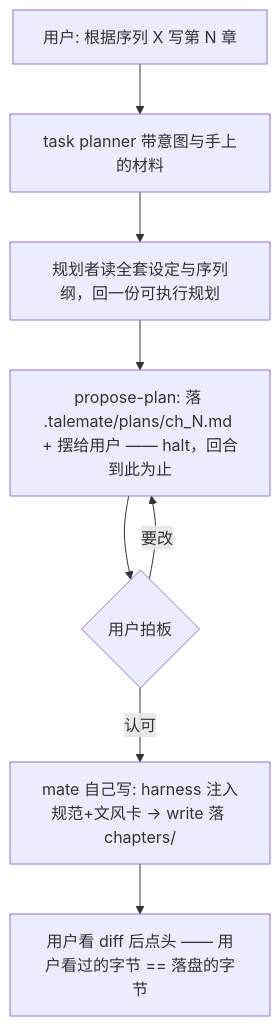
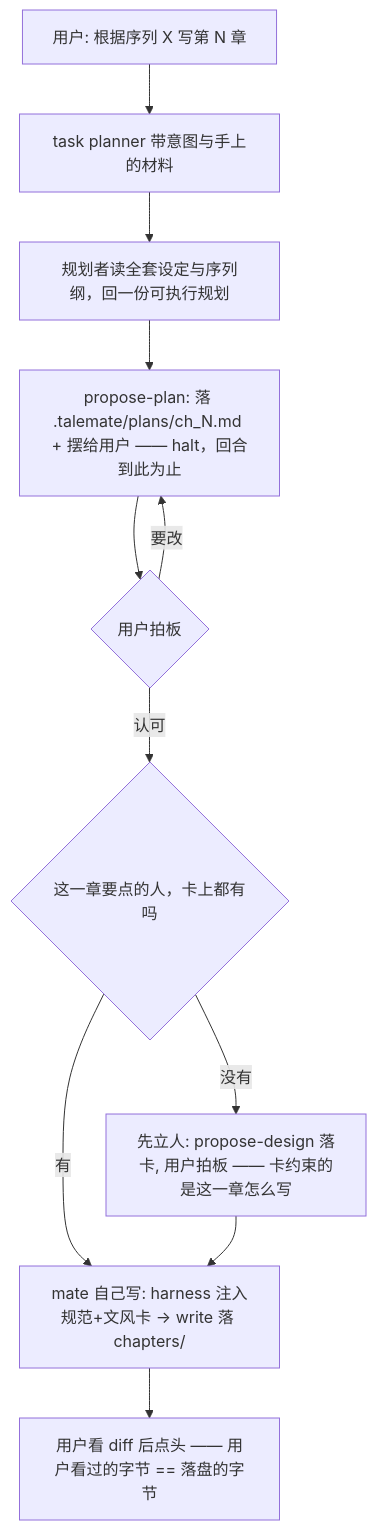
Before and after one commit to Sunshine334419520/talemate: the diagram in docs/design-docs.md, drawn with Mermaid. The commit also changed other lines of this file and 45 other files, not shown here.

````diff
--- a/docs/design-docs.md
+++ b/docs/design-docs.md
@@ -89,10 +89,13 @@
 ```mermaid
 flowchart TD
     W[用户: 根据序列 X 写第 N 章] --> W1[task planner 带意图与手上的材料]
     W1 --> W2[规划者读全套设定与序列纲，回一份可执行规划]
     W2 --> W3[propose-plan: 落 .talemate/plans/ch_N.md + 摆给用户 —— halt，回合到此为止]
     W3 --> W4{用户拍板}
     W4 -- 要改 --> W3
-    W4 -- 认可 --> W5[mate 自己写: harness 注入规范+文风卡 → write 落 chapters/]
+    W4 -- 认可 --> W4B{这一章要点的人，卡上都有吗}
+    W4B -- 有 --> W5[mate 自己写: harness 注入规范+文风卡 → write 落 chapters/]
+    W4B -- 没有 --> W4C[先立人: propose-design 落卡, 用户拍板 —— 卡约束的是这一章怎么写]
+    W4C --> W5
     W5 --> W6[用户看 diff 后点头 —— 用户看过的字节 == 落盘的字节]
 ```
````
